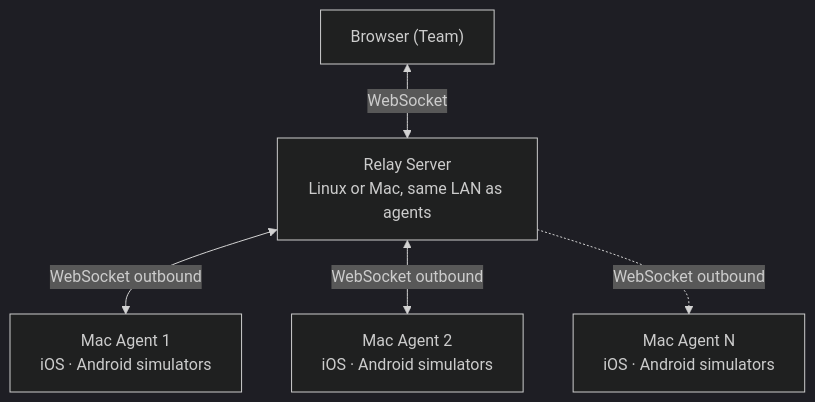
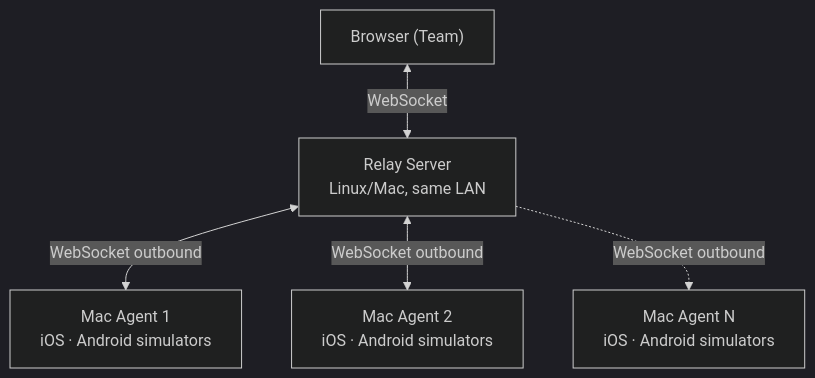
The diagram in docs/guide/introduction.md (jo-duchan/tapflow), drawn with Mermaid (dark theme) before and after one commit. The commit also changed 8 other files, not shown here.

````diff
--- a/docs/guide/introduction.md
+++ b/docs/guide/introduction.md
@@ -24,13 +24,13 @@
 ```mermaid
 flowchart TD
     B["Browser (Team)"]
-    R["Relay Server<br/>Linux or Mac, same LAN as agents"]
+    R["Relay Server<br/>Linux/Mac, same LAN"]
     A1["Mac Agent 1<br/>iOS · Android simulators"]
     A2["Mac Agent 2<br/>iOS · Android simulators"]
     More["Mac Agent N<br/>iOS · Android simulators"]
 
     B <-->|WebSocket| R
     R <-->|WebSocket outbound| A1
     R <-->|WebSocket outbound| A2
     R -.->|WebSocket outbound| More
 ```
````
